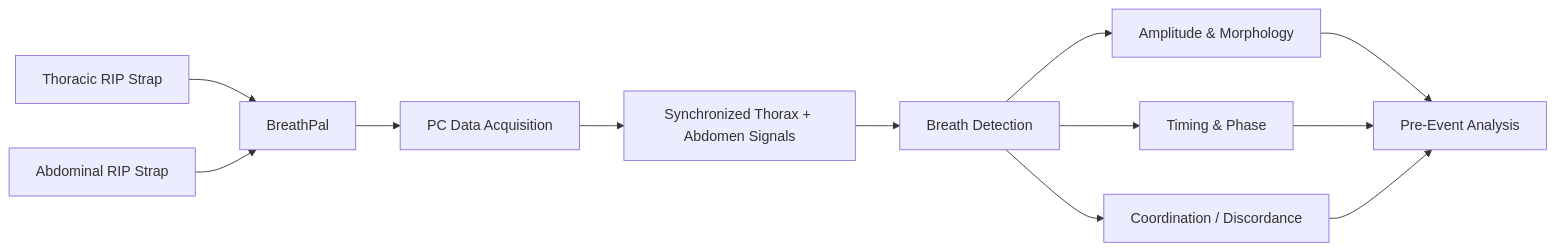
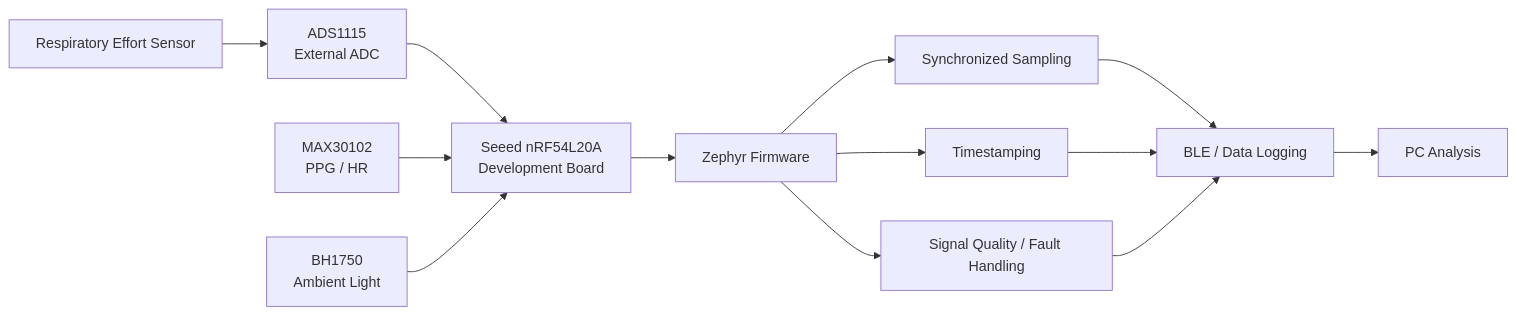
Before and after one commit to CDonohoe-Designs/SomniMate: the second of 4 diagrams in README.md, drawn with Mermaid. The commit also changed other lines of this file, not shown here.

Commit message:
Replace BreathPal phase with nRF54L20A prototype

````diff
--- a/README.md
+++ b/README.md
@@ -104,19 +114,23 @@
 ```mermaid
 flowchart LR
 
-    A["Thoracic RIP Strap"] --> C["BreathPal"]
-    B["Abdominal RIP Strap"] --> C
+    A["Respiratory Effort Sensor"] --> B["ADS1115<br/>External ADC"]
 
-    C --> D["PC Data Acquisition"]
+    B --> C["Seeed nRF54L20A<br/>Development Board"]
 
-    D --> E["Synchronized Thorax + Abdomen Signals"]
+    D["MAX30102<br/>PPG / HR"] --> C
 
-    E --> F["Breath Detection"]
-    F --> G["Amplitude & Morphology"]
-    F --> H["Timing & Phase"]
-    F --> I["Coordination / Discordance"]
+    E["BH1750<br/>Ambient Light"] --> C
 
-    G --> J["Pre-Event Analysis"]
+    C --> F["Zephyr Firmware"]
+
+    F --> G["Synchronized Sampling"]
+    F --> H["Timestamping"]
+    F --> I["Signal Quality / Fault Handling"]
+
+    G --> J["BLE / Data Logging"]
     H --> J
     I --> J
+
+    J --> K["PC Analysis"]
 ```
````
